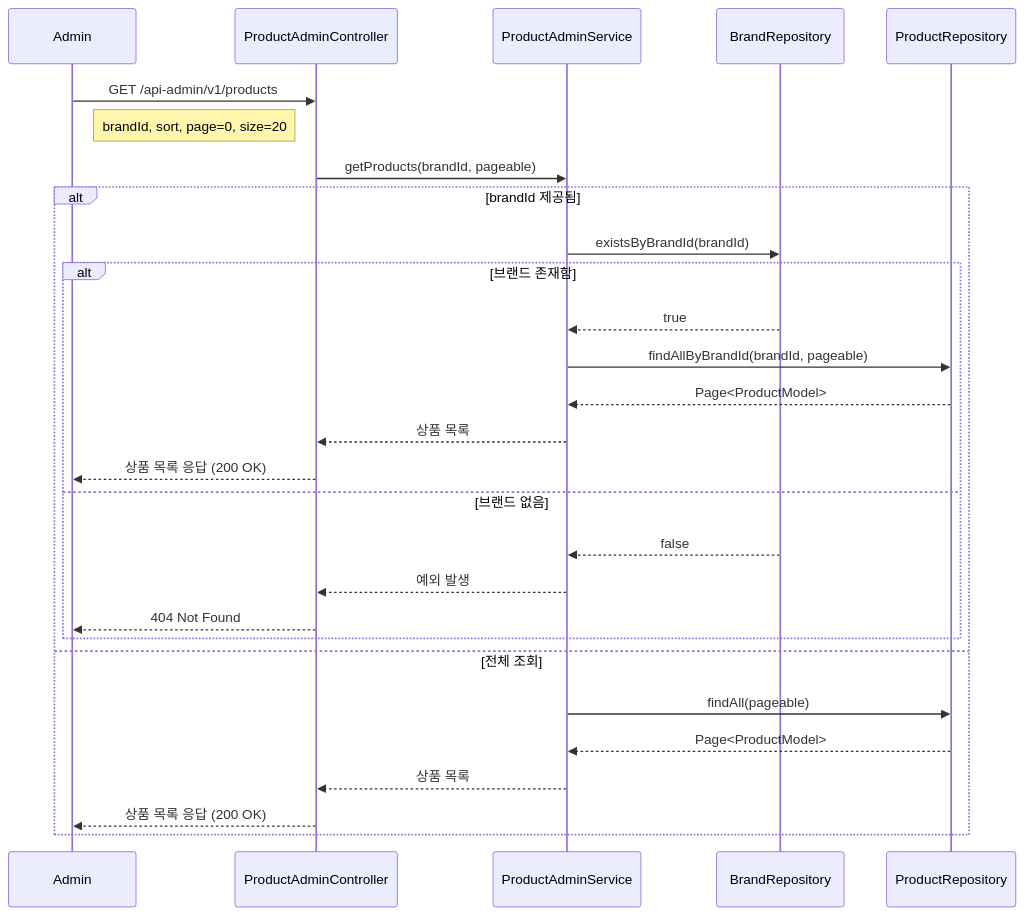
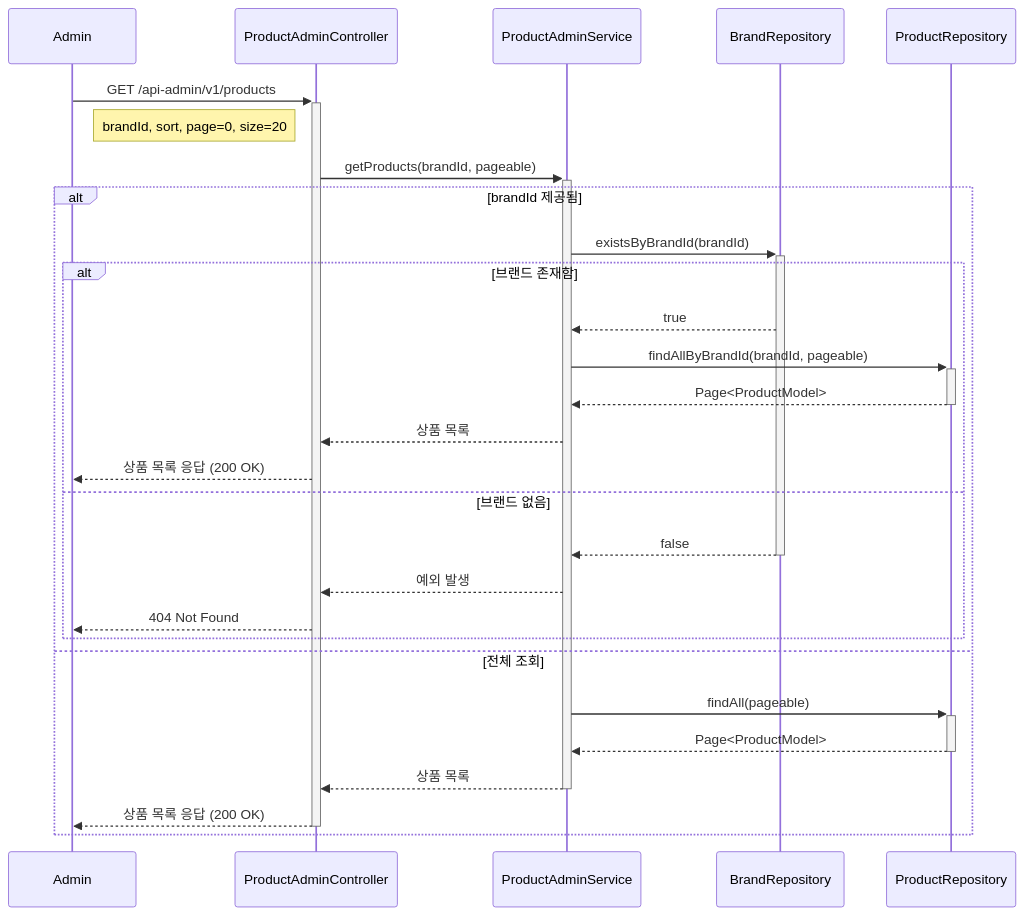
One commit to Loopers-dev-lab/loop-pack-be-l2-vol3-kotlin changed the ninth of 21 diagrams in .docs/design/02-sequence-diagrams.md. Above: the diagram before and after it, drawn with Mermaid. The commit also changed other lines of this file, not shown here.

Commit message:
docs: 시퀀스 다이어그램 activation bar 추가

````diff
--- a/.docs/design/02-sequence-diagrams.md
+++ b/.docs/design/02-sequence-diagrams.md
@@ -247,32 +247,32 @@
 ```mermaid
 sequenceDiagram
     participant Admin
     participant ProductAdminController
     participant ProductAdminService
     participant BrandRepository
     participant ProductRepository
 
-    Admin ->> ProductAdminController: GET /api-admin/v1/products
+    Admin ->>+ ProductAdminController: GET /api-admin/v1/products
     Note right of Admin: brandId, sort, page=0, size=20
-    ProductAdminController ->> ProductAdminService: getProducts(brandId, pageable)
-    
+    ProductAdminController ->>+ ProductAdminService: getProducts(brandId, pageable)
+
     alt brandId 제공됨
-        ProductAdminService ->> BrandRepository: existsByBrandId(brandId)
+        ProductAdminService ->>+ BrandRepository: existsByBrandId(brandId)
         alt 브랜드 존재함
             BrandRepository -->> ProductAdminService: true
-            ProductAdminService ->> ProductRepository: findAllByBrandId(brandId, pageable)
-            ProductRepository -->> ProductAdminService: Page<ProductModel>
+            ProductAdminService ->>+ ProductRepository: findAllByBrandId(brandId, pageable)
+            ProductRepository -->>- ProductAdminService: Page<ProductModel>
             ProductAdminService -->> ProductAdminController: 상품 목록
             ProductAdminController -->> Admin: 상품 목록 응답 (200 OK)
         else 브랜드 없음
-            BrandRepository -->> ProductAdminService: false
+            BrandRepository -->>- ProductAdminService: false
             ProductAdminService -->> ProductAdminController: 예외 발생
             ProductAdminController -->> Admin: 404 Not Found
         end
     else 전체 조회
-        ProductAdminService ->> ProductRepository: findAll(pageable)
-        ProductRepository -->> ProductAdminService: Page<ProductModel>
-        ProductAdminService -->> ProductAdminController: 상품 목록
-        ProductAdminController -->> Admin: 상품 목록 응답 (200 OK)
+        ProductAdminService ->>+ ProductRepository: findAll(pageable)
+        ProductRepository -->>- ProductAdminService: Page<ProductModel>
+        ProductAdminService -->>- ProductAdminController: 상품 목록
+        ProductAdminController -->>- Admin: 상품 목록 응답 (200 OK)
     end
 ```
````
